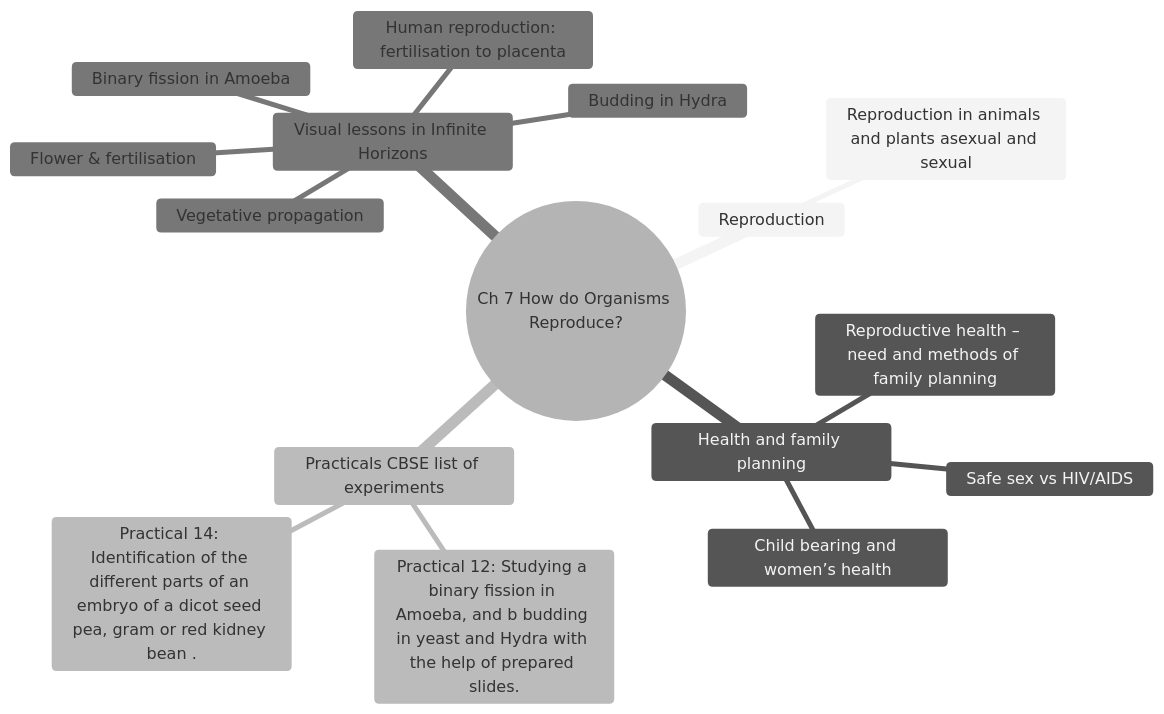
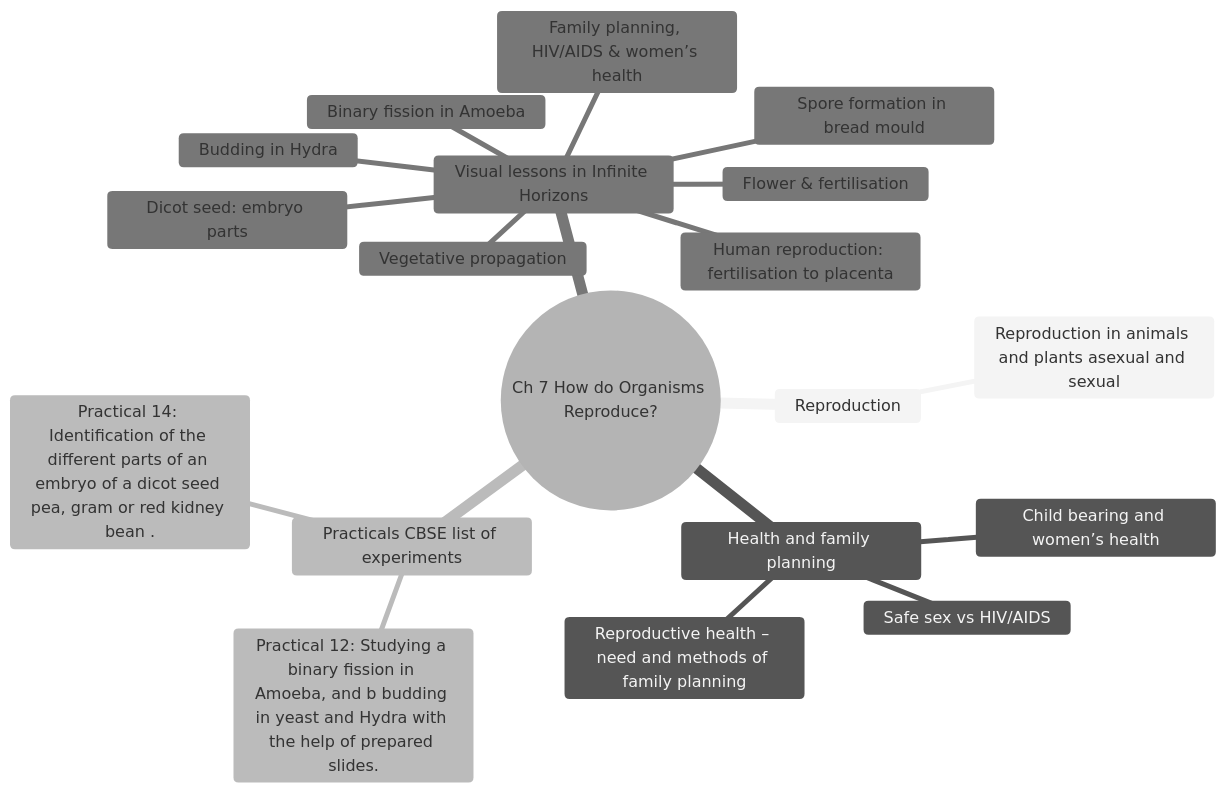
Before and after one commit to anveshix/ifinite-horizon: diagram 19 of 26 in docs/CHAPTER_MINDMAPS.md, drawn with Mermaid (neutral theme). The commit also changed other lines of this file and 15 other files, not shown here.

````diff
--- a/docs/CHAPTER_MINDMAPS.md
+++ b/docs/CHAPTER_MINDMAPS.md
@@ -666,19 +670,22 @@
 ```mermaid
 mindmap
   root((Ch 7 How do Organisms Reproduce?))
     Reproduction
       Reproduction in animals and plants asexual and sexual
     Health and family planning
       Reproductive health – need and methods of family planning
       Safe sex vs HIV/AIDS
       Child bearing and women’s health
     Practicals CBSE list of experiments
       Practical 12: Studying a binary fission in Amoeba, and b budding in yeast and Hydra with the help of prepared slides.
       Practical 14: Identification of the different parts of an embryo of a dicot seed pea, gram or red kidney bean .
     Visual lessons in Infinite Horizons
       Human reproduction: fertilisation to placenta
       Binary fission in Amoeba
       Budding in Hydra
       Vegetative propagation
       Flower & fertilisation
+      Spore formation in bread mould
+      Dicot seed: embryo parts
+      Family planning, HIV/AIDS & women’s health
 ```
````
